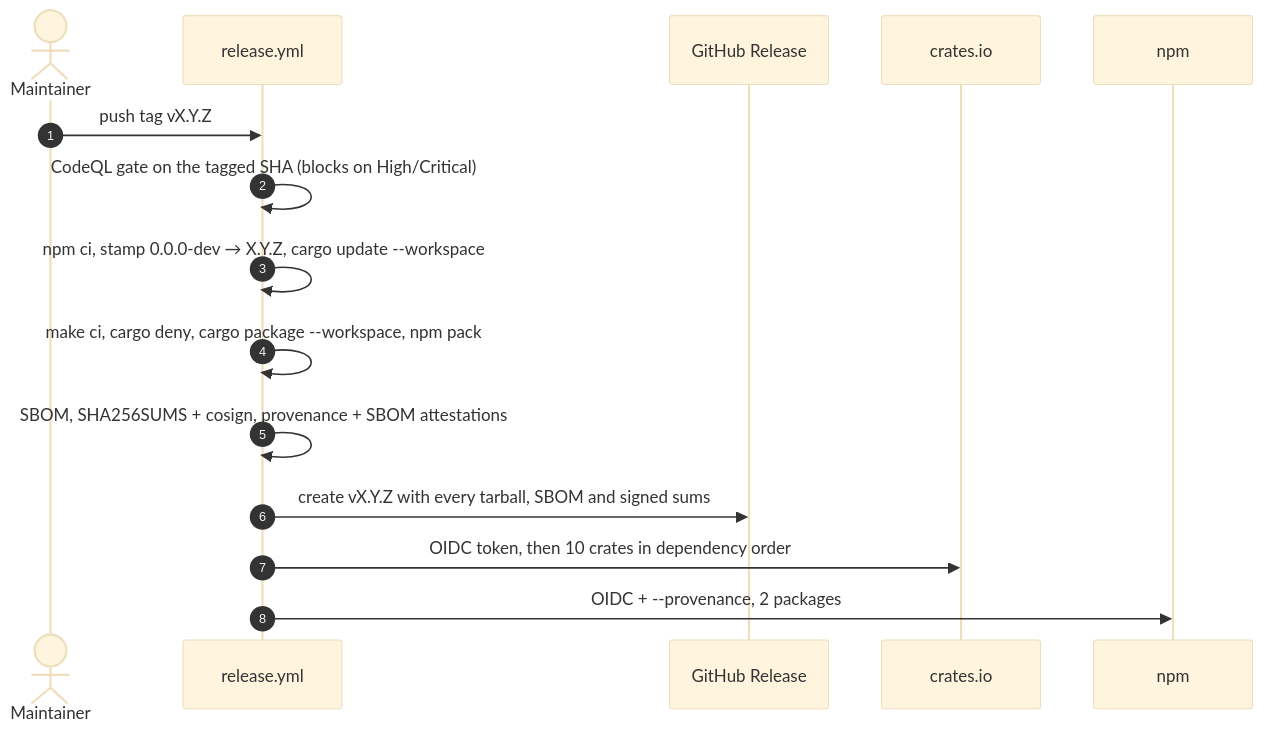
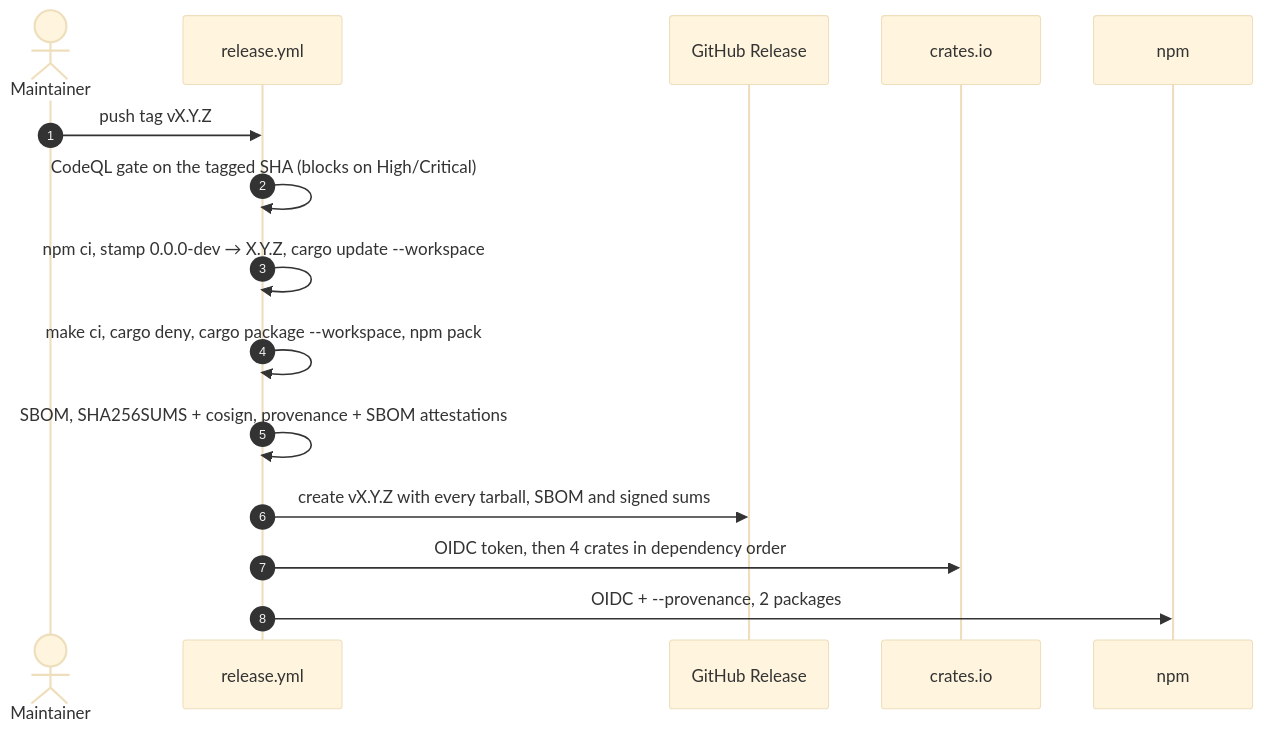
The diagram in docs/plans/publishing-plan.md (Nimblesite/lspkit), drawn with Mermaid (base theme) before and after one commit. The commit also changed other lines of this file and 126 other files, not shown here.

First line of the commit message:
Consolidate 12 crates into 5 (4 published) by dependency layer

````diff
--- a/docs/plans/publishing-plan.md
+++ b/docs/plans/publishing-plan.md
@@ -9,18 +9,18 @@
 ```mermaid
 sequenceDiagram
     autonumber
     actor Dev as Maintainer
     participant GHA as release.yml
     participant Rel as GitHub Release
     participant Crates as crates.io
     participant Npm as npm
 
     Dev->>GHA: push tag vX.Y.Z
     GHA->>GHA: CodeQL gate on the tagged SHA (blocks on High/Critical)
     GHA->>GHA: npm ci, stamp 0.0.0-dev → X.Y.Z, cargo update --workspace
     GHA->>GHA: make ci, cargo deny, cargo package --workspace, npm pack
     GHA->>GHA: SBOM, SHA256SUMS + cosign, provenance + SBOM attestations
     GHA->>Rel: create vX.Y.Z with every tarball, SBOM and signed sums
-    GHA->>Crates: OIDC token, then 10 crates in dependency order
+    GHA->>Crates: OIDC token, then 4 crates in dependency order
     GHA->>Npm: OIDC + --provenance, 2 packages
 ```
````
